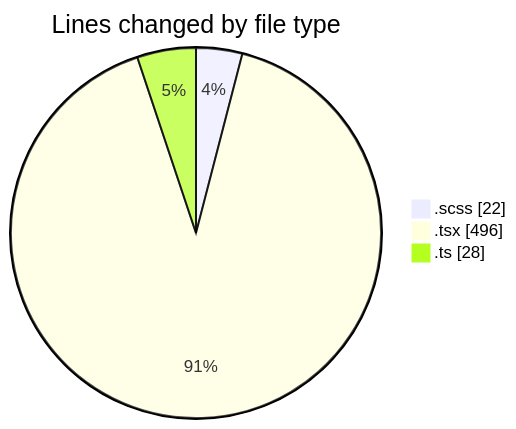
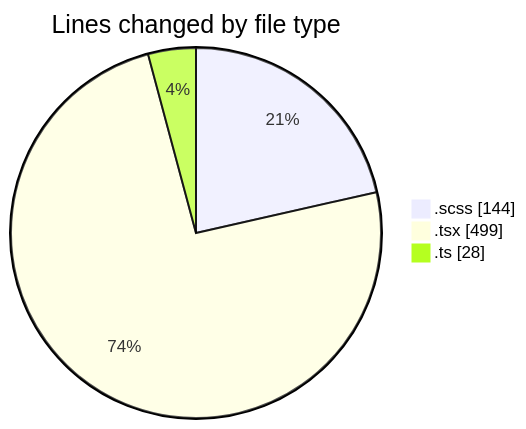
Before and after one commit to momahboobian/code-tracking: the first of 2 diagrams in 2025-02-10/cda/README.md, drawn with Mermaid. The commit also changed other lines of this file and 1 other file, not shown here.

````diff
--- a/2025-02-10/cda/README.md
+++ b/2025-02-10/cda/README.md
@@ -24,7 +25,7 @@
 ```mermaid
 pie showData
 title Lines changed by file type
-".scss" : 22
-".tsx" : 496
+".scss" : 144
+".tsx" : 499
 ".ts" : 28
 ```
````
